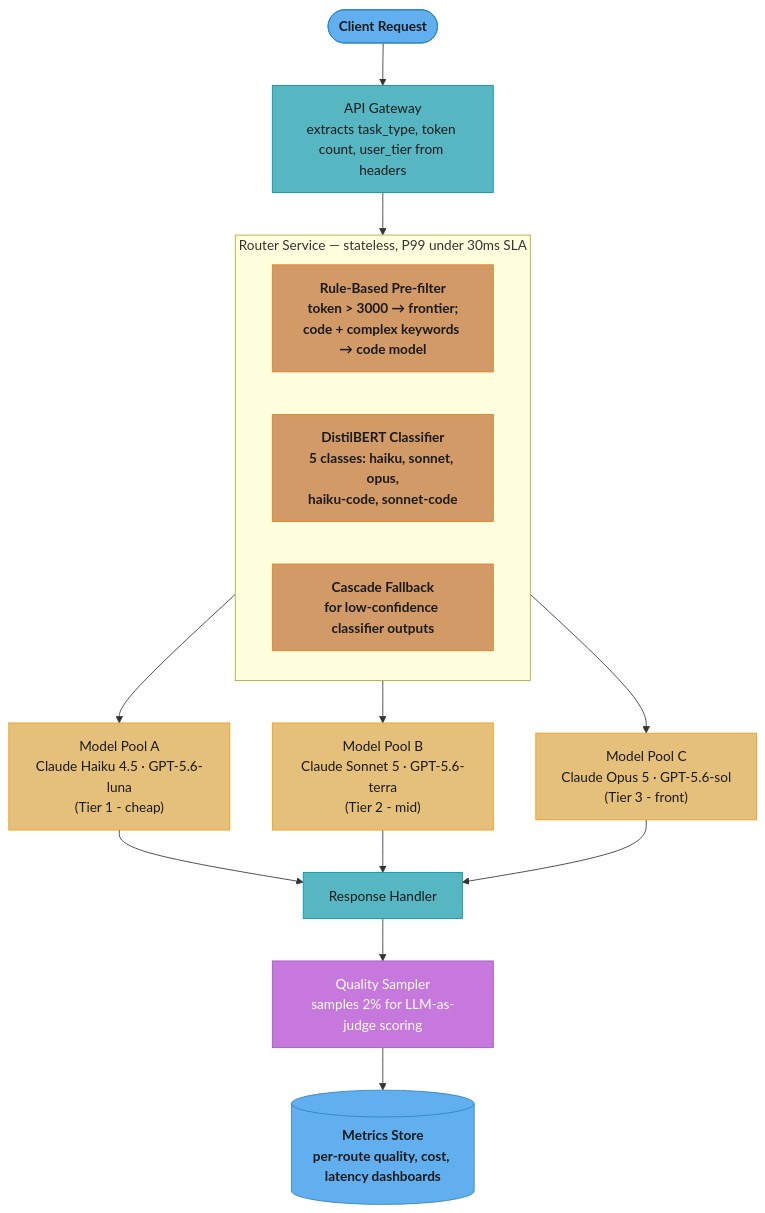
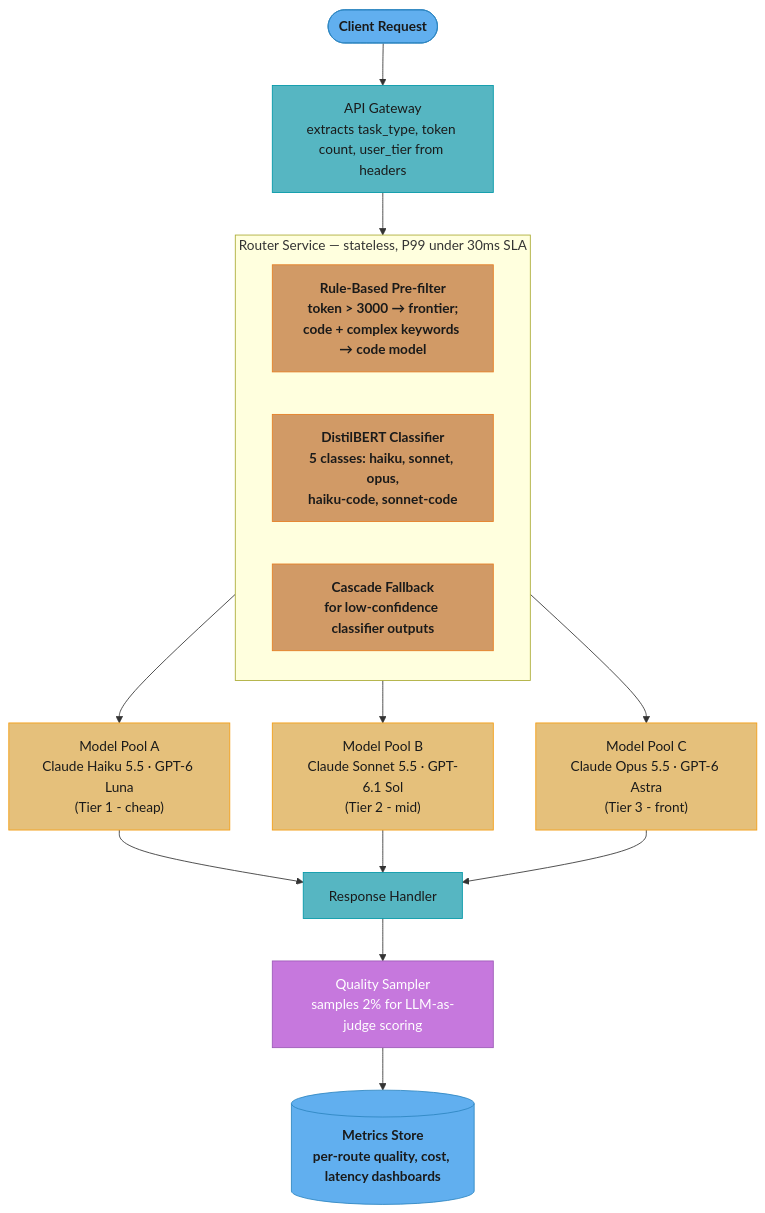
One commit to rppol/system-design changed the sixth of 6 diagrams in src/main/java/com/rutik/systemdesign/llm/llm_routing_and_model_selection/llm_routing_and_model_selection.md. Above: the diagram before and after it, drawn with Mermaid. The commit also changed other lines of this file and 655 other files, not shown here.

````diff
--- a/src/main/java/com/rutik/systemdesign/llm/llm_routing_and_model_selection/llm_routing_and_model_selection.md
+++ b/src/main/java/com/rutik/systemdesign/llm/llm_routing_and_model_selection/llm_routing_and_model_selection.md
@@ -1057,42 +1085,42 @@
 ```mermaid
 flowchart TD
     classDef io      fill:#61afef,stroke:#2e86c1,color:#1a1a1a,font-weight:bold
     classDef frozen  fill:#c678dd,stroke:#9b59b6,color:#fff
     classDef train   fill:#98c379,stroke:#27ae60,color:#1a1a1a
     classDef mathOp  fill:#d19a66,stroke:#e67e22,color:#1a1a1a,font-weight:bold
     classDef lossN   fill:#e06c75,stroke:#c0392b,color:#fff,font-weight:bold
     classDef req     fill:#56b6c2,stroke:#0097a7,color:#1a1a1a
     classDef base    fill:#e5c07b,stroke:#f39c12,color:#1a1a1a
 
     REQ([Client Request])
     GW["API Gateway\nextracts task_type, token count, user_tier from headers"]
 
     subgraph RSG["Router Service — stateless, P99 under 30ms SLA"]
         RB["Rule-Based Pre-filter\ntoken > 3000 → frontier;\ncode + complex keywords → code model"]
         CL["DistilBERT Classifier\n5 classes: haiku, sonnet, opus,\nhaiku-code, sonnet-code"]
         CF["Cascade Fallback\nfor low-confidence classifier outputs"]
     end
 
-    PA["Model Pool A\nClaude Haiku 4.5 · GPT-5.6-luna\n(Tier 1 - cheap)"]
-    PB["Model Pool B\nClaude Sonnet 5 · GPT-5.6-terra\n(Tier 2 - mid)"]
-    PC["Model Pool C\nClaude Opus 5 · GPT-5.6-sol\n(Tier 3 - front)"]
+    PA["Model Pool A\nClaude Haiku 5.5 · GPT-6 Luna\n(Tier 1 - cheap)"]
+    PB["Model Pool B\nClaude Sonnet 5.5 · GPT-6.1 Sol\n(Tier 2 - mid)"]
+    PC["Model Pool C\nClaude Opus 5.5 · GPT-6 Astra\n(Tier 3 - front)"]
     RH["Response Handler"]
     QS["Quality Sampler\nsamples 2% for LLM-as-judge scoring"]
     MS[("Metrics Store\nper-route quality, cost, latency dashboards")]
 
     REQ --> GW --> RSG
     RSG --> PA
     RSG --> PB
     RSG --> PC
     PA --> RH
     PB --> RH
     PC --> RH
     RH --> QS --> MS
 
     class REQ io
     class GW,RH req
     class RB,CL,CF mathOp
     class PA,PB,PC base
     class QS frozen
     class MS io
 ```
````
